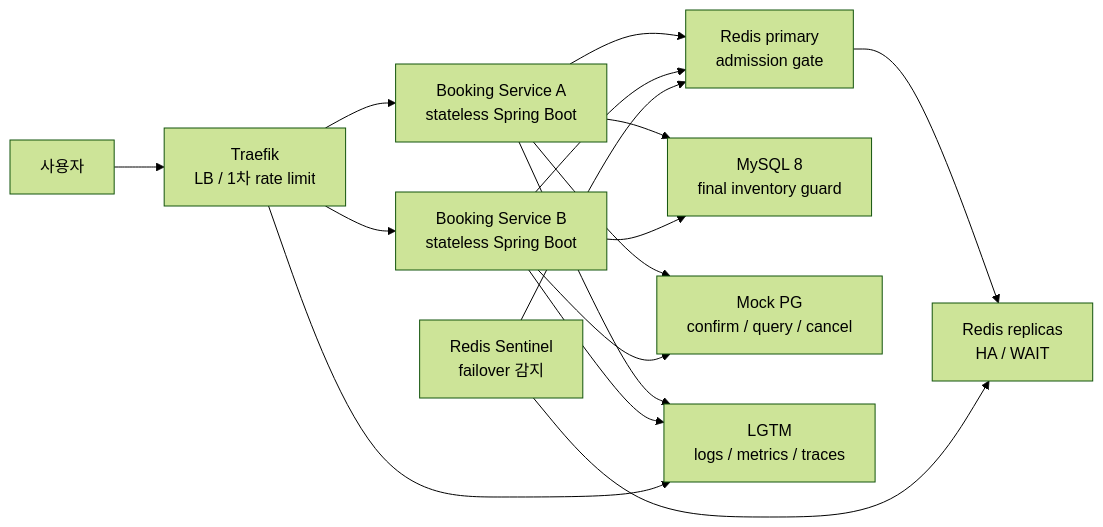
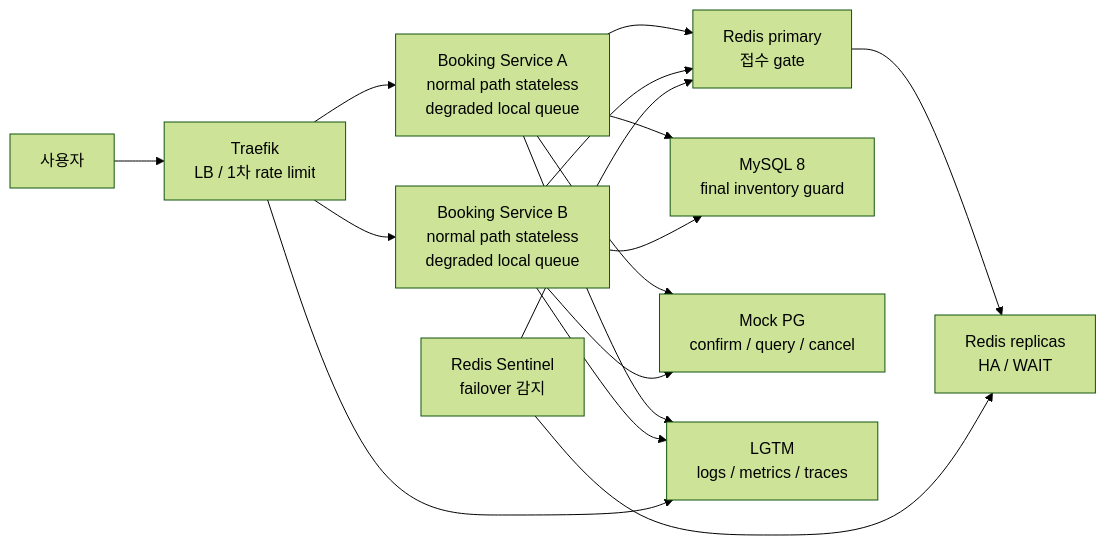
One commit to lsh1215/peak-booking-system changed the first of 3 diagrams in README.md. Above: the diagram before and after it, drawn with Mermaid (forest theme). The commit also changed other lines of this file and 4 other files, not shown here.

````diff
--- a/README.md
+++ b/README.md
@@ -42,29 +61,29 @@
 ```mermaid
 flowchart LR
     User["사용자"]
     Traefik["Traefik<br/>LB / 1차 rate limit"]
-    AppA["Booking Service A<br/>stateless Spring Boot"]
-    AppB["Booking Service B<br/>stateless Spring Boot"]
-    RedisPrimary["Redis primary<br/>admission gate"]
+    AppA["Booking Service A<br/>normal path stateless<br/>degraded local queue"]
+    AppB["Booking Service B<br/>normal path stateless<br/>degraded local queue"]
+    RedisPrimary["Redis primary<br/>접수 gate"]
     RedisReplica["Redis replicas<br/>HA / WAIT"]
     Sentinel["Redis Sentinel<br/>failover 감지"]
     MySQL["MySQL 8<br/>final inventory guard"]
     MockPG["Mock PG<br/>confirm / query / cancel"]
     LGTM["LGTM<br/>logs / metrics / traces"]
 
     User --> Traefik
     Traefik --> AppA
     Traefik --> AppB
     AppA --> RedisPrimary
     AppB --> RedisPrimary
     RedisPrimary --> RedisReplica
     Sentinel --> RedisPrimary
     Sentinel --> RedisReplica
     AppA --> MySQL
     AppB --> MySQL
     AppA --> MockPG
     AppB --> MockPG
     AppA --> LGTM
     AppB --> LGTM
     Traefik --> LGTM
 ```
````
